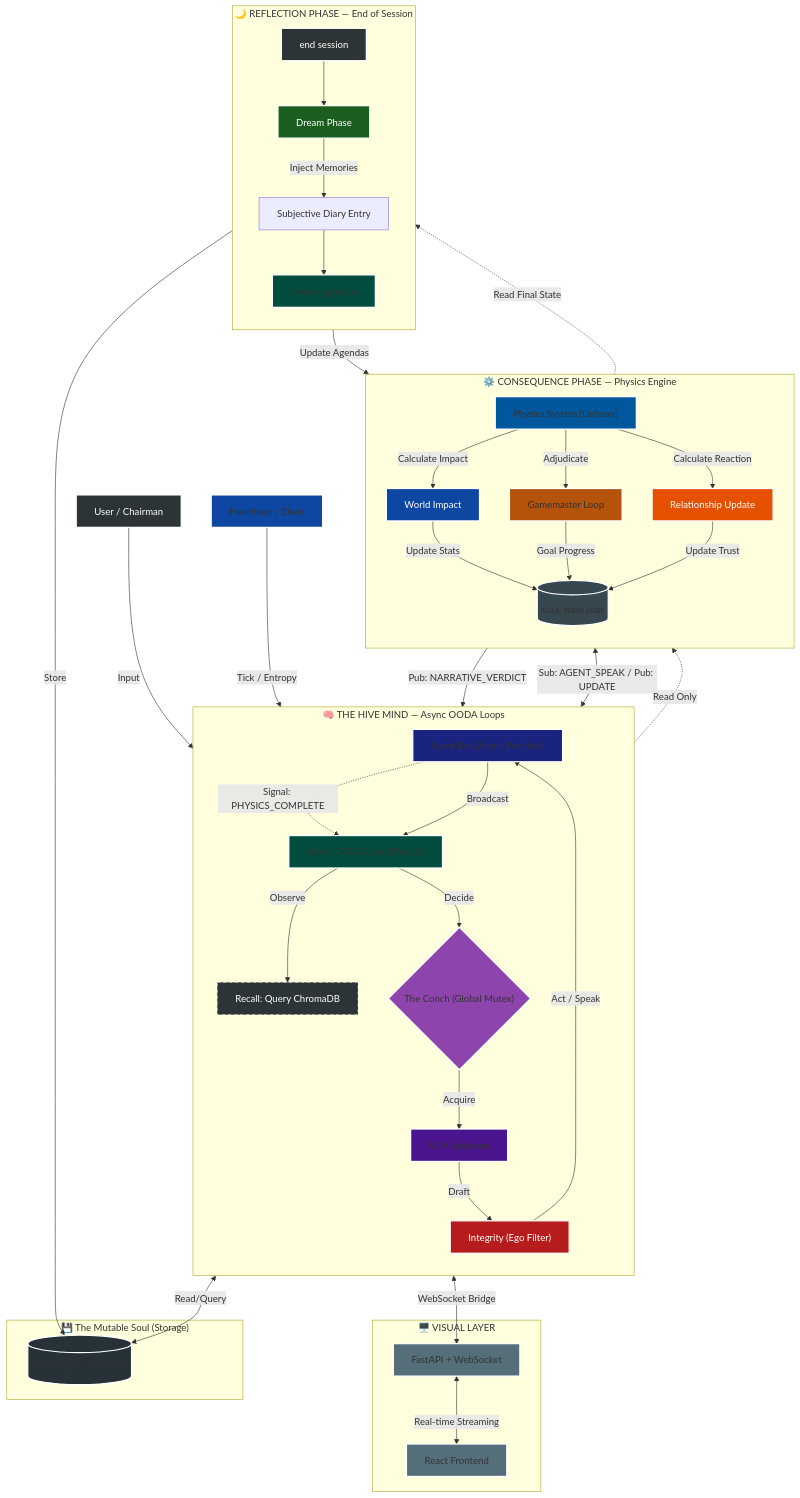
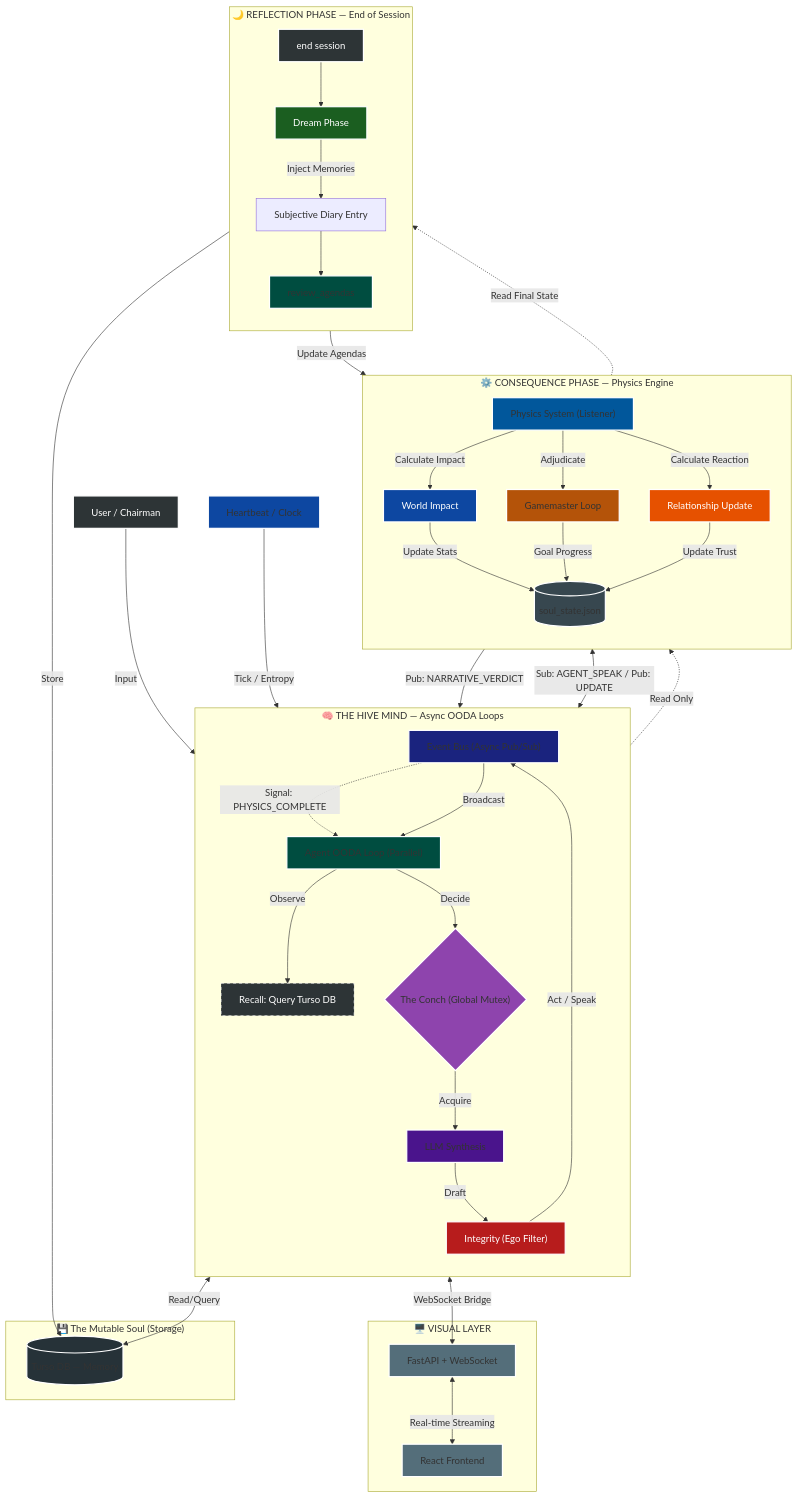
One commit to hardikrawat/Iron-Council-v2.0 changed the diagram in docs/architecture.mermaid. Above: the diagram before and after it, drawn with Mermaid. The commit also changed 59 other files, not shown here.

```diff
--- a/docs/architecture.mermaid
+++ b/docs/architecture.mermaid
@@ -1,103 +1,103 @@
 %% IRON COUNCIL v2.0 — Full System Architecture
 %% BDI Cognitive Architecture with Separation of Powers
 
 graph TD
     %% --- PROFESSIONAL COLOR PALETTE ---
     classDef inputNode fill:#2d3436,stroke:#fff,stroke-width:2px,color:#fff;
     classDef looseNode fill:#2d3436,stroke:#fff,stroke-width:1px,color:#fff,stroke-dasharray:5 5;
     classDef globalNode fill:#8e44ad,stroke:#fff,stroke-width:2px,color:#fff;  %% Purple for global resources
 
     %% --- CORE INFRASTRUCTURE (Deep Blues) ---
     classDef coreNode fill:#1a237e,stroke:#fff,stroke-width:2px,color:#fff;      %% Event Bus
     classDef infraNode fill:#0d47a1,stroke:#fff,stroke-width:2px,color:#fff;     %% Heartbeat / Server
     classDef storageNode fill:#37474f,stroke:#fff,stroke-width:2px,color:#fff;    %% JSON
-    classDef vectorNode fill:#263238,stroke:#fff,stroke-width:2px,color:#fff;     %% ChromaDB
+    classDef vectorNode fill:#263238,stroke:#fff,stroke-width:2px,color:#fff;     %% Turso DB
 
     %% --- AGENT LOOP (Teals & Purples) ---
     classDef agentNode fill:#004d40,stroke:#fff,stroke-width:2px,color:#fff;      %% OODA Loop
     classDef llmNode fill:#4a148c,stroke:#fff,stroke-width:2px,color:#fff;        %% LLM Synthesis
 
     %% --- PHYSICS ENGINE (Blues & Oranges) ---
     classDef physicsNode fill:#01579b,stroke:#fff,stroke-width:2px,color:#fff;    %% Physics System
     classDef gmNode fill:#b45309,stroke:#fff,stroke-width:2px,color:#fff;         %% Gamemaster
 
     %% --- UI LAYER (Warm Grays) ---
     classDef uiNode fill:#546e7a,stroke:#fff,stroke-width:2px,color:#fff;         %% Server / UI
 
     %% --- INPUTS ---
     User["User / Chairman"]:::inputNode -->|Input| EventBus
     Heartbeat["Heartbeat / Clock"]:::infraNode -->|Tick / Entropy| EventBus
 
     %% --- CENTRAL NERVOUS SYSTEM ---
     EventBus["Event Bus (Async Pub/Sub)"]:::coreNode
     
     %% --- THE FIX: VISUALIZE THE DEPENDENCY ---
     %% This shows the OODA loop explicitly waiting for this specific signal
     EventBus -.->|Signal: PHYSICS_COMPLETE| OODA
 
     %% --- SHARED GLOBAL RESOURCE ---
     Lock{"The Conch (Global Mutex)"}:::globalNode
 
     %% --- AGENT LOOP ---
     subgraph "🧠 THE HIVE MIND — Async OODA Loops"
         direction TB
         EventBus -->|Broadcast| OODA["Agent OODA Loop (Parallel)"]:::agentNode
         
-        OODA -->|Observe| Recall["Recall: Query ChromaDB"]:::looseNode
+        OODA -->|Observe| Recall["Recall: Query Turso DB"]:::looseNode
         OODA -->|Decide| Lock
         Lock -->|Acquire| LLM["LLM Synthesis"]:::llmNode
         LLM -->|Draft| Ego["Integrity (Ego Filter)"]
         Ego -->|Act / Speak| EventBus
     end
 
     %% --- PHYSICS ENGINE ---
     subgraph "⚙️ CONSEQUENCE PHASE — Physics Engine"
         direction TB
         EventBus <-->|Sub: AGENT_SPEAK / Pub: UPDATE| PhysicsSys["Physics System (Listener)"]:::physicsNode
         
         PhysicsSys -->|Calculate Impact| PhysicsUA["World Impact"]
         PhysicsUA -->|Update Stats| JSON
         
         PhysicsSys -->|Adjudicate| GM["Gamemaster Loop"]:::gmNode
         GM -->|Goal Progress| JSON
         GM -->|Pub: NARRATIVE_VERDICT| EventBus
         
         PhysicsAA["Relationship Update"]
         PhysicsSys -->|Calculate Reaction| PhysicsAA
         PhysicsAA -->|Update Trust| JSON
     end
 
     %% --- STORAGE LAYER ---
     subgraph "💾 The Mutable Soul (Storage)"
         JSON[("soul_state.json")]:::storageNode
-        Vector[("ChromaDB — Memory")]:::vectorNode
+        Vector[("Turso DB — Memory")]:::vectorNode
         
         Recall <-->|Read/Query| Vector
         OODA -.->|Read Only| JSON
     end
 
     %% --- REFLECTION PHASE ---
     subgraph "🌙 REFLECTION PHASE — End of Session"
         direction TB
         EndSession["end session"]:::inputNode --> Dream["Dream Phase"]
         JSON -.->|Read Final State| Dream
         Dream -->|Inject Memories| Diary["Subjective Diary Entry"]
         Diary -->|Store| Vector
         Diary --> Agenda["review_agendas"]:::agentNode
         Agenda -->|Update Agendas| JSON
     end
 
     %% --- VISUAL LAYER ---
     subgraph "🖥️ VISUAL LAYER"
         Server["FastAPI + WebSocket"]:::uiNode
         UI["React Frontend"]:::uiNode
         Server <-->|Real-time Streaming| UI
     end
     
     EventBus <-->|WebSocket Bridge| Server
 
     %% --- INDIVIDUAL NODE STYLES (keep special colors) ---
     style PhysicsUA fill:#0d47a1,stroke:#fff,stroke-width:2px,color:#fff
     style PhysicsAA fill:#e65100,stroke:#fff,stroke-width:2px,color:#fff
     style Dream fill:#1b5e20,stroke:#fff,stroke-width:2px,color:#fff
     style Ego fill:#b71c1c,stroke:#fff,stroke-width:2px,color:#fff
```
